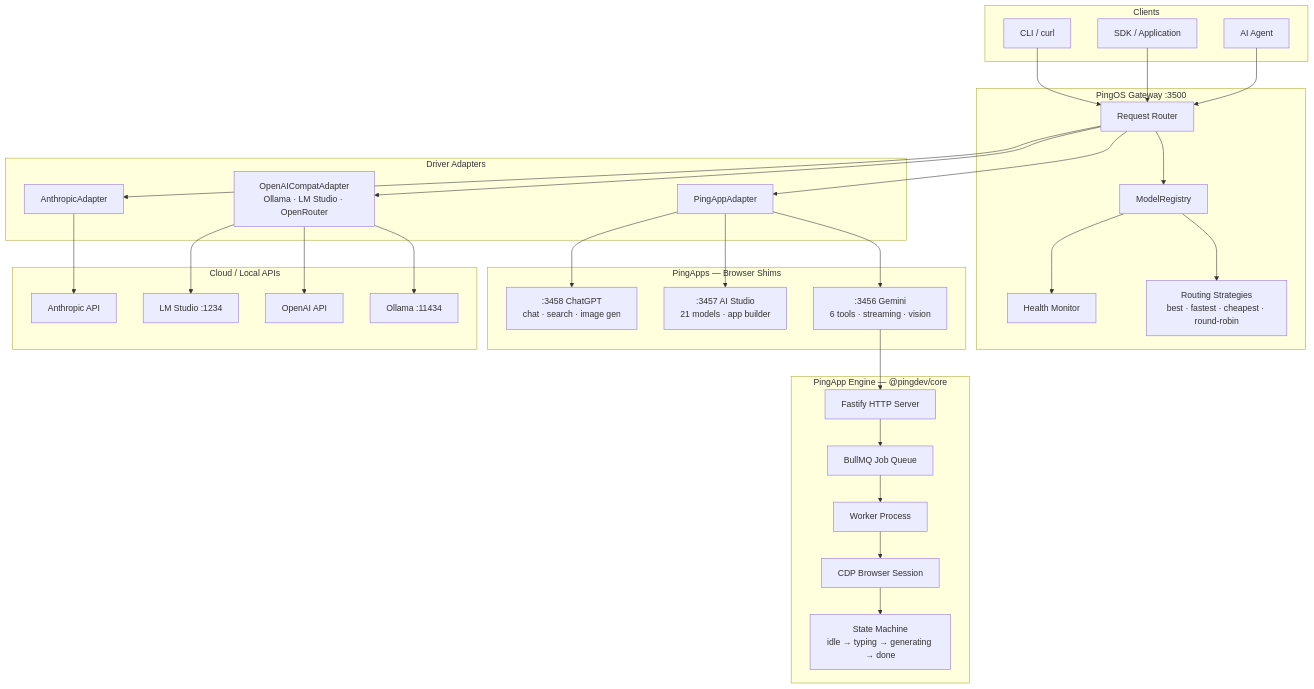
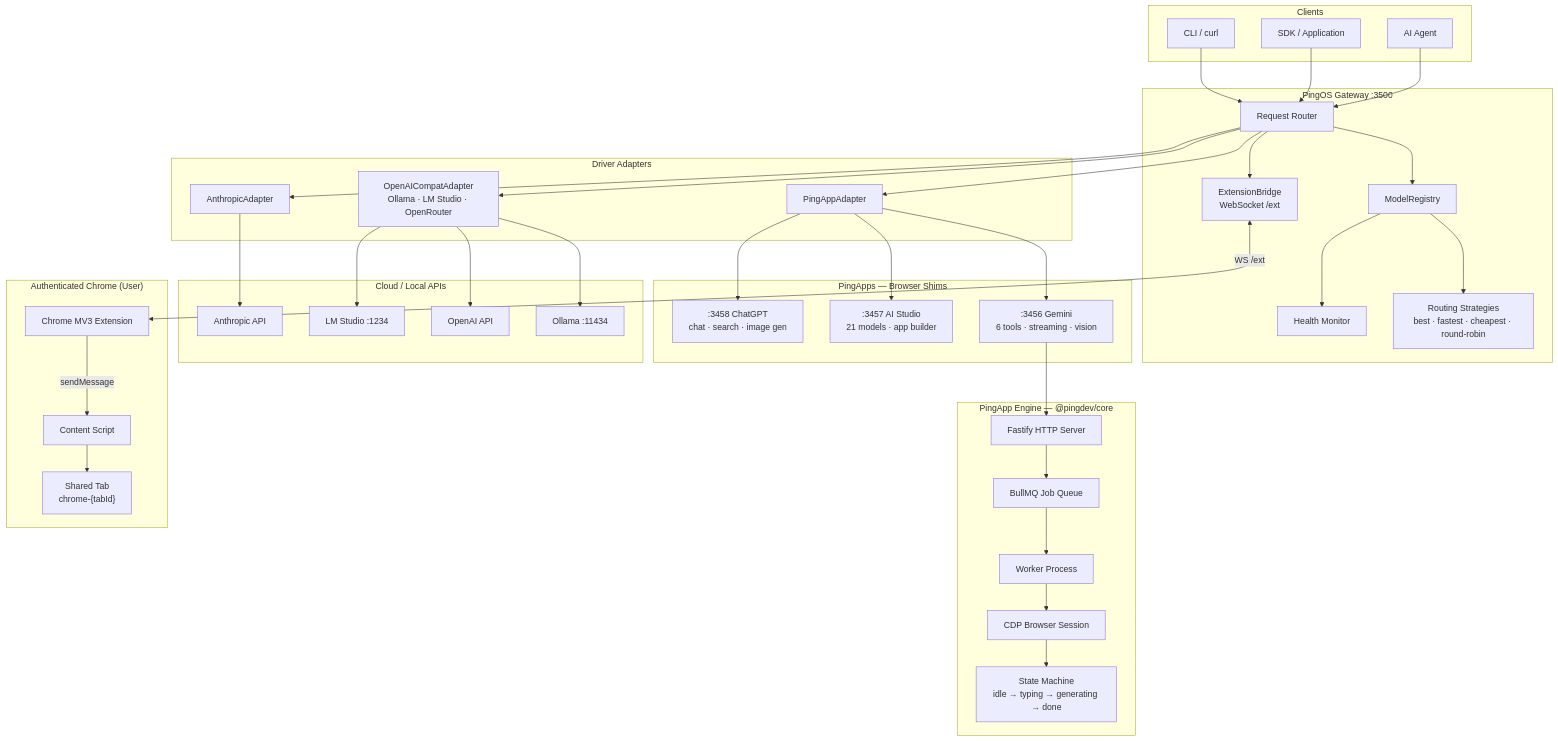
The diagram in README.md (lorcan35/pingdev), drawn with Mermaid before and after one commit. The commit also changed other lines of this file and 537 other files, not shown here.

````diff
--- a/README.md
+++ b/README.md
@@ -41,65 +41,77 @@
 ```mermaid
 graph TB
     subgraph Clients
         CLI["CLI / curl"]
         SDK["SDK / Application"]
         Agent["AI Agent"]
     end
 
     subgraph Gateway["PingOS Gateway :3500"]
         Router["Request Router"]
         Registry["ModelRegistry"]
         Health["Health Monitor"]
         Strategies["Routing Strategies<br/>best · fastest · cheapest · round-robin"]
+        ExtBridge["ExtensionBridge<br/>WebSocket /ext"]
     end
 
     subgraph Drivers["Driver Adapters"]
         PA["PingAppAdapter"]
         OAI["OpenAICompatAdapter<br/>Ollama · LM Studio · OpenRouter"]
         ANT["AnthropicAdapter"]
     end
 
     subgraph PingApps["PingApps — Browser Shims"]
         Gemini[":3456 Gemini<br/>6 tools · streaming · vision"]
         AIS[":3457 AI Studio<br/>21 models · app builder"]
         GPT[":3458 ChatGPT<br/>chat · search · image gen"]
     end
 
     subgraph Engine["PingApp Engine — @pingdev/core"]
         FastifyS["Fastify HTTP Server"]
         BullMQ["BullMQ Job Queue"]
         WorkerP["Worker Process"]
         CDPB["CDP Browser Session"]
         SM["State Machine<br/>idle → typing → generating → done"]
     end
 
     subgraph APIs["Cloud / Local APIs"]
         Ollama["Ollama :11434"]
         OpenAI["OpenAI API"]
         AnthropicAPI["Anthropic API"]
         LMS["LM Studio :1234"]
     end
 
+    subgraph Chrome["Authenticated Chrome (User)"]
+        CExt["Chrome MV3 Extension"]
+        CTab["Shared Tab<br/>chrome-{tabId}"]
+        CS["Content Script"]
+    end
+
     CLI --> Router
     SDK --> Router
     Agent --> Router
 
     Router --> Registry
     Registry --> Strategies
     Registry --> Health
+
+    Router --> ExtBridge
 
     Router --> PA
     Router --> OAI
     Router --> ANT
 
     PA --> Gemini
     PA --> AIS
     PA --> GPT
 
     Gemini --> FastifyS --> BullMQ --> WorkerP --> CDPB --> SM
 
+    ExtBridge <--> |"WS /ext"| CExt
+    CExt --> |"sendMessage"| CS --> CTab
+
     OAI --> Ollama
     OAI --> OpenAI
     OAI --> LMS
     ANT --> AnthropicAPI
 ```
````
